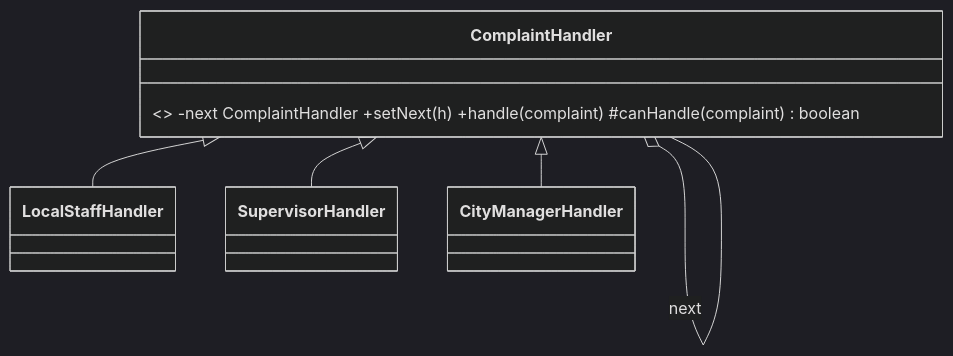
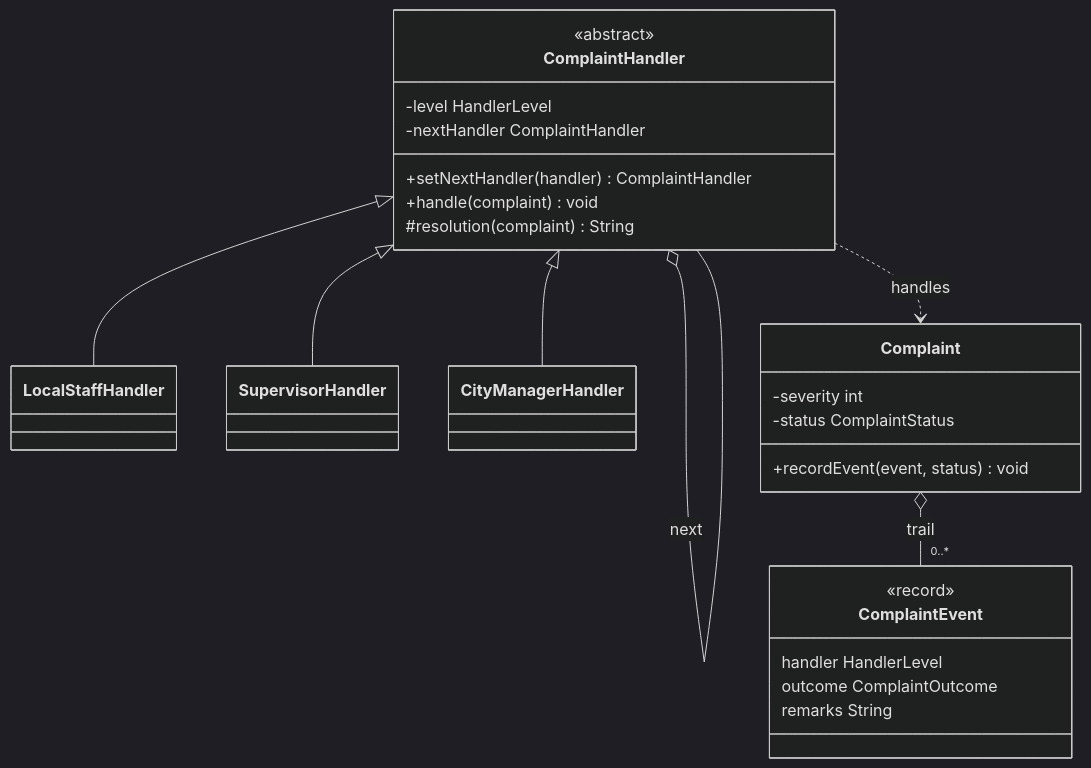
The third of 5 diagrams in README.md (MenaraPereraa/SmartCity), drawn with Mermaid (dark theme) before and after one commit. The commit also changed other lines of this file, not shown here.

````diff
--- a/README.md
+++ b/README.md
@@ -136,11 +164,31 @@
 ```mermaid
 classDiagram
-    class ComplaintHandler { <<abstract>> -next ComplaintHandler +setNext(h) +handle(complaint) #canHandle(complaint) boolean }
+    class ComplaintHandler {
+        <<abstract>>
+        -level HandlerLevel
+        -nextHandler ComplaintHandler
+        +setNextHandler(handler) ComplaintHandler
+        +handle(complaint) void
+        #resolution(complaint) String
+    }
     class LocalStaffHandler
     class SupervisorHandler
     class CityManagerHandler
+    class Complaint {
+        -severity int
+        -status ComplaintStatus
+        +recordEvent(event, status) void
+    }
+    class ComplaintEvent {
+        <<record>>
+        handler HandlerLevel
+        outcome ComplaintOutcome
+        remarks String
+    }
     ComplaintHandler <|-- LocalStaffHandler
     ComplaintHandler <|-- SupervisorHandler
     ComplaintHandler <|-- CityManagerHandler
     ComplaintHandler o-- ComplaintHandler : next
+    ComplaintHandler ..> Complaint : handles
+    Complaint o-- "0..*" ComplaintEvent : trail
 ```
````
